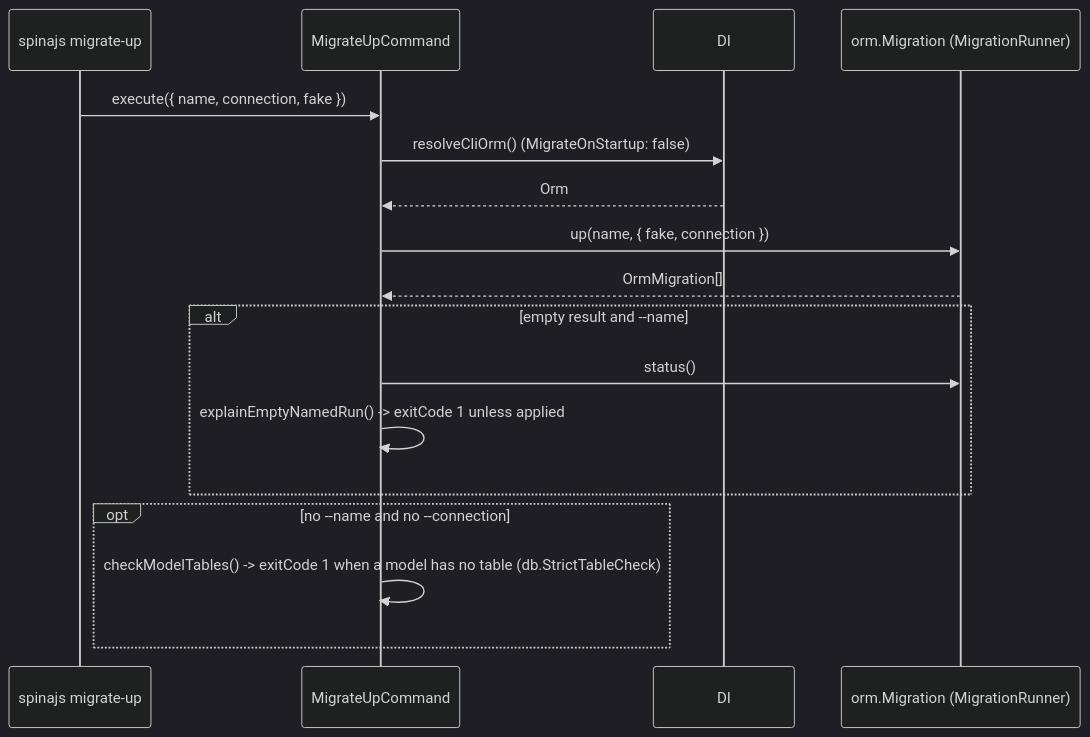
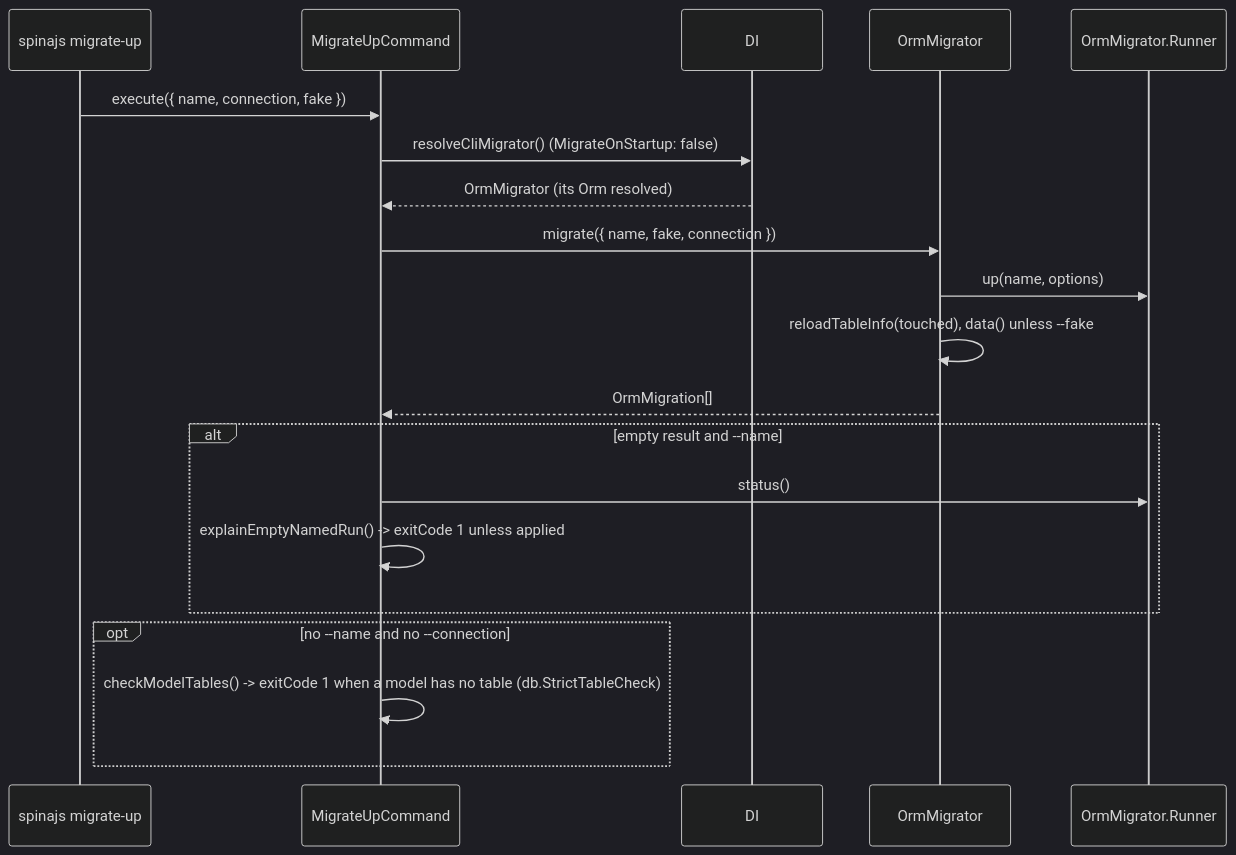
One commit to spinajs/main changed the diagram in docs/orm-cli/01-applying-migrations.md. Above: the diagram before and after it, drawn with Mermaid (dark theme). The commit also changed other lines of this file and 20 other files, not shown here.

Commit message:
docs(orm,orm-cli,configuration-db-source): OrmMigrator, the CLI migrator and the sync after it

````diff
--- a/docs/orm-cli/01-applying-migrations.md
+++ b/docs/orm-cli/01-applying-migrations.md
@@ -32,19 +33,22 @@
 ```mermaid
 sequenceDiagram
   participant Op as spinajs migrate-up
   participant Cmd as MigrateUpCommand
   participant DI
-  participant R as orm.Migration (MigrationRunner)
+  participant Mg as OrmMigrator
+  participant R as OrmMigrator.Runner
   Op->>Cmd: execute({ name, connection, fake })
-  Cmd->>DI: resolveCliOrm()  (MigrateOnStartup: false)
-  DI-->>Cmd: Orm
-  Cmd->>R: up(name, { fake, connection })
-  R-->>Cmd: OrmMigration[]
+  Cmd->>DI: resolveCliMigrator()  (MigrateOnStartup: false)
+  DI-->>Cmd: OrmMigrator (its Orm resolved)
+  Cmd->>Mg: migrate({ name, fake, connection })
+  Mg->>R: up(name, options)
+  Mg->>Mg: reloadTableInfo(touched), data() unless --fake
+  Mg-->>Cmd: OrmMigration[]
   alt empty result and --name
     Cmd->>R: status()
     Cmd->>Cmd: explainEmptyNamedRun() -> exitCode 1 unless applied
   end
   opt no --name and no --connection
     Cmd->>Cmd: checkModelTables() -> exitCode 1 when a model has no table (db.StrictTableCheck)
   end
 ```
````
